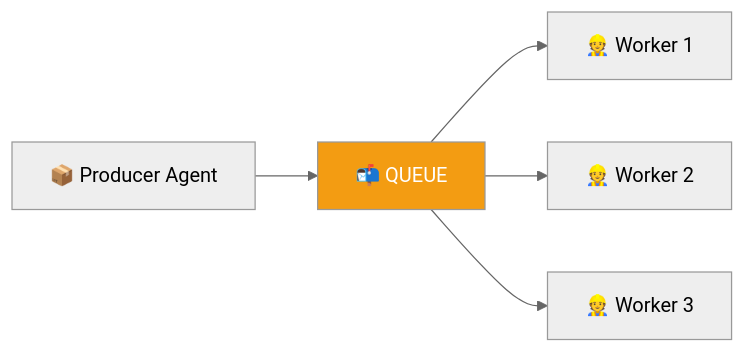
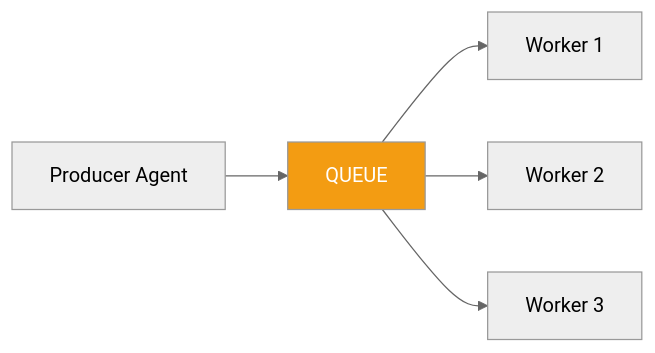
Diagram 16 of 53 in AI Agent Communication.md (Sujalkathait/-AI-Agent-Security-Playbook.), drawn with Mermaid (neutral theme) before and after one commit. The commit also changed other lines of this file and 2 other files, not shown here.

````diff
--- a/AI Agent Communication.md
+++ b/AI Agent Communication.md
@@ -492,9 +492,9 @@
 ```mermaid
 graph LR
-    Producer["📦 Producer Agent"] --> Queue["📬 QUEUE"]
-    Queue --> W1["👷 Worker 1"]
-    Queue --> W2["👷 Worker 2"]
-    Queue --> W3["👷 Worker 3"]
+  Producer[" Producer Agent"] --> Queue[" QUEUE"]
+  Queue --> W1[" Worker 1"]
+  Queue --> W2[" Worker 2"]
+  Queue --> W3[" Worker 3"]
 
-    style Queue fill:#f39c12,color:white
+  style Queue fill:#f39c12,color:white
 ```
````
